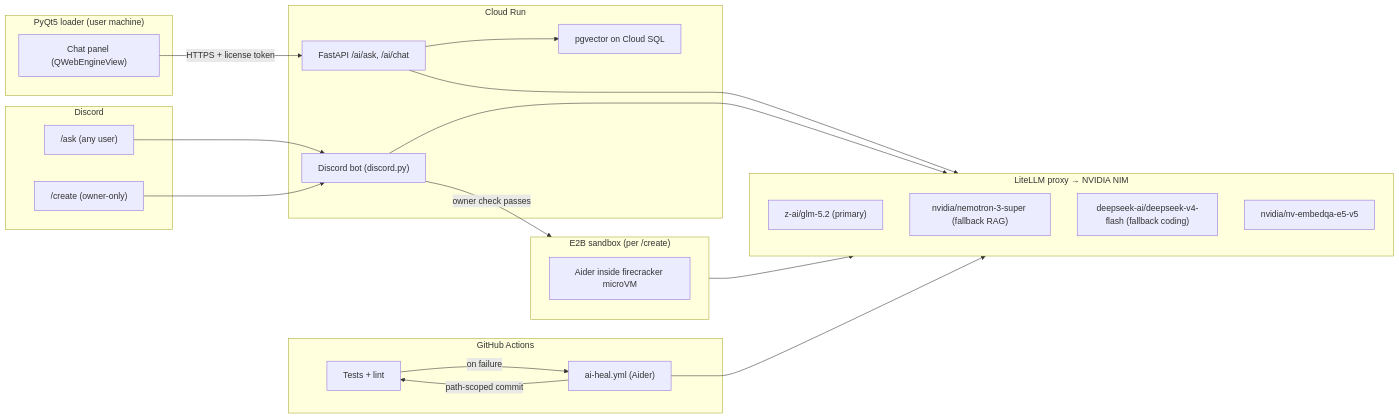
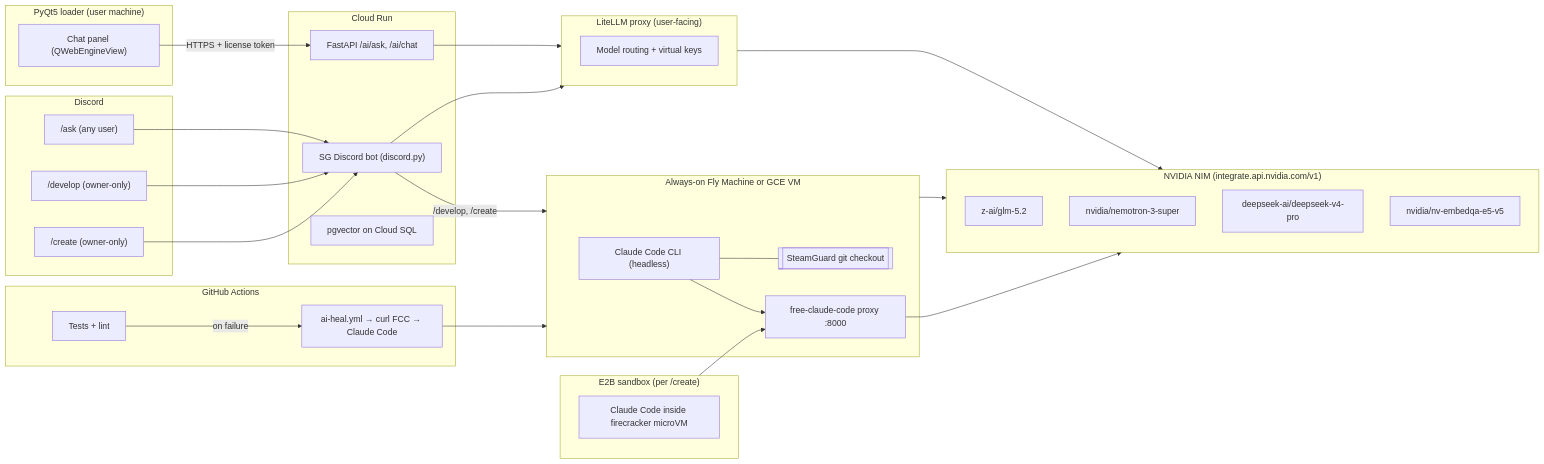
Before and after one commit to rivvak/SteamGuard: the diagram in docs/AI_INTEGRATION_PLAN.md, drawn with Mermaid. The commit also changed other lines of this file, not shown here.

First line of the commit message:
docs(ai): v2 — adopt free-claude-code (Claude Code on NIM), add /develop

````diff
--- a/docs/AI_INTEGRATION_PLAN.md
+++ b/docs/AI_INTEGRATION_PLAN.md
@@ -38,45 +38,59 @@
 ```mermaid
 flowchart LR
     subgraph Client["PyQt5 loader (user machine)"]
         UI["Chat panel (QWebEngineView)"]
     end
 
     subgraph Discord["Discord"]
         ASK["/ask (any user)"]
+        DEV["/develop (owner-only)"]
         CREATE["/create (owner-only)"]
     end
 
     subgraph CloudRun["Cloud Run"]
         API["FastAPI /ai/ask, /ai/chat"]
-        BOT["Discord bot (discord.py)"]
+        BOT["SG Discord bot (discord.py)"]
         RAG["pgvector on Cloud SQL"]
+    end
+
+    subgraph VM["Always-on Fly Machine or GCE VM"]
+        FCC["free-claude-code proxy :8000"]
+        CC["Claude Code CLI (headless)"]
+        REPO[["SteamGuard git checkout"]]
     end
 
     subgraph GHA["GitHub Actions"]
         CI["Tests + lint"]
-        HEAL["ai-heal.yml (Aider)"]
+        HEAL["ai-heal.yml → curl FCC → Claude Code"]
     end
 
     subgraph Sandbox["E2B sandbox (per /create)"]
-        BOX["Aider inside firecracker microVM"]
+        BOX["Claude Code inside firecracker microVM"]
     end
 
-    subgraph NIM["LiteLLM proxy → NVIDIA NIM"]
-        GLM["z-ai/glm-5.2 (primary)"]
-        NEM["nvidia/nemotron-3-super (fallback RAG)"]
-        DS["deepseek-ai/deepseek-v4-flash (fallback coding)"]
+    subgraph NIM["NVIDIA NIM (integrate.api.nvidia.com/v1)"]
+        GLM["z-ai/glm-5.2"]
+        NEM["nvidia/nemotron-3-super"]
+        DS["deepseek-ai/deepseek-v4-pro"]
         EMB["nvidia/nv-embedqa-e5-v5"]
+    end
+
+    subgraph LiteLLM["LiteLLM proxy (user-facing)"]
+        LL["Model routing + virtual keys"]
     end
 
     UI -->|HTTPS + license token| API
     ASK --> BOT
+    DEV --> BOT
     CREATE --> BOT
-    API --> RAG
-    API --> NIM
-    BOT --> NIM
-    BOT -->|owner check passes| Sandbox
-    Sandbox --> NIM
+    API --> LiteLLM
+    BOT --> LiteLLM
+    BOT -->|/develop, /create| VM
+    LiteLLM --> NIM
+    VM --> NIM
+    CC --> FCC --> NIM
+    CC --- REPO
     CI -- on failure --> HEAL
-    HEAL --> NIM
-    HEAL -->|path-scoped commit| CI
+    HEAL --> VM
+    Sandbox --> FCC
 ```
````
